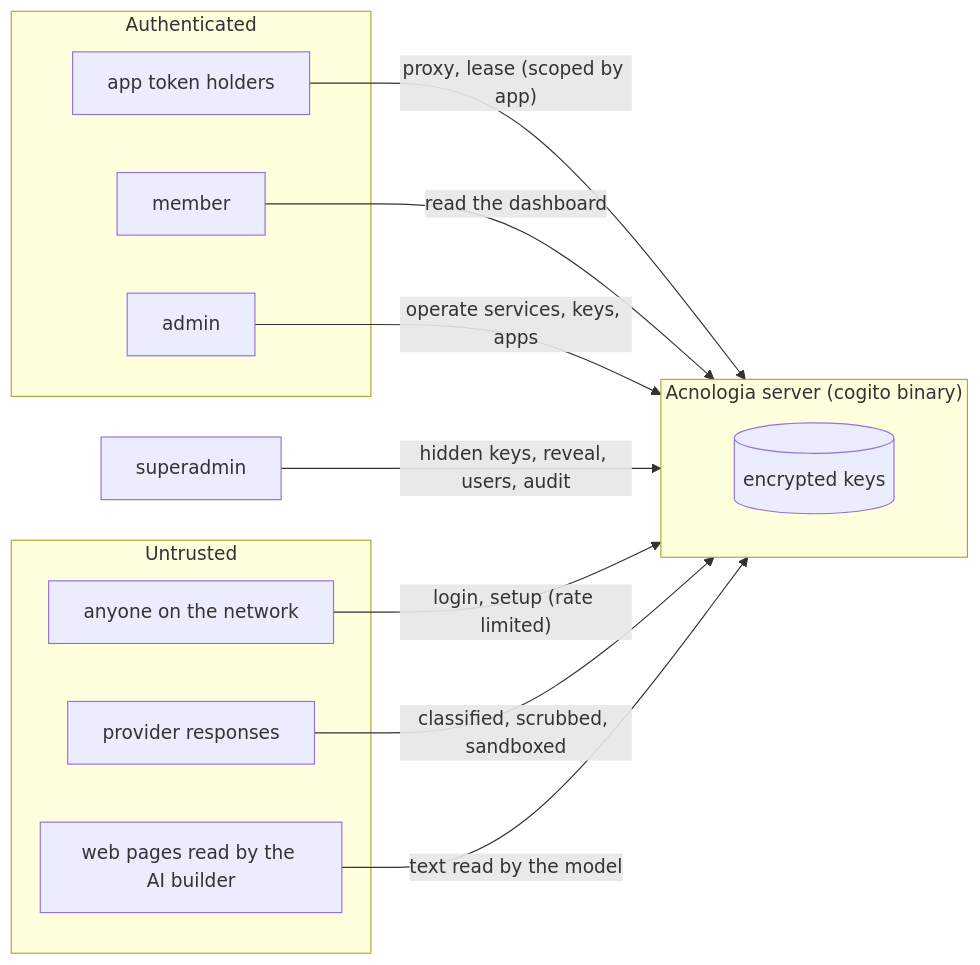
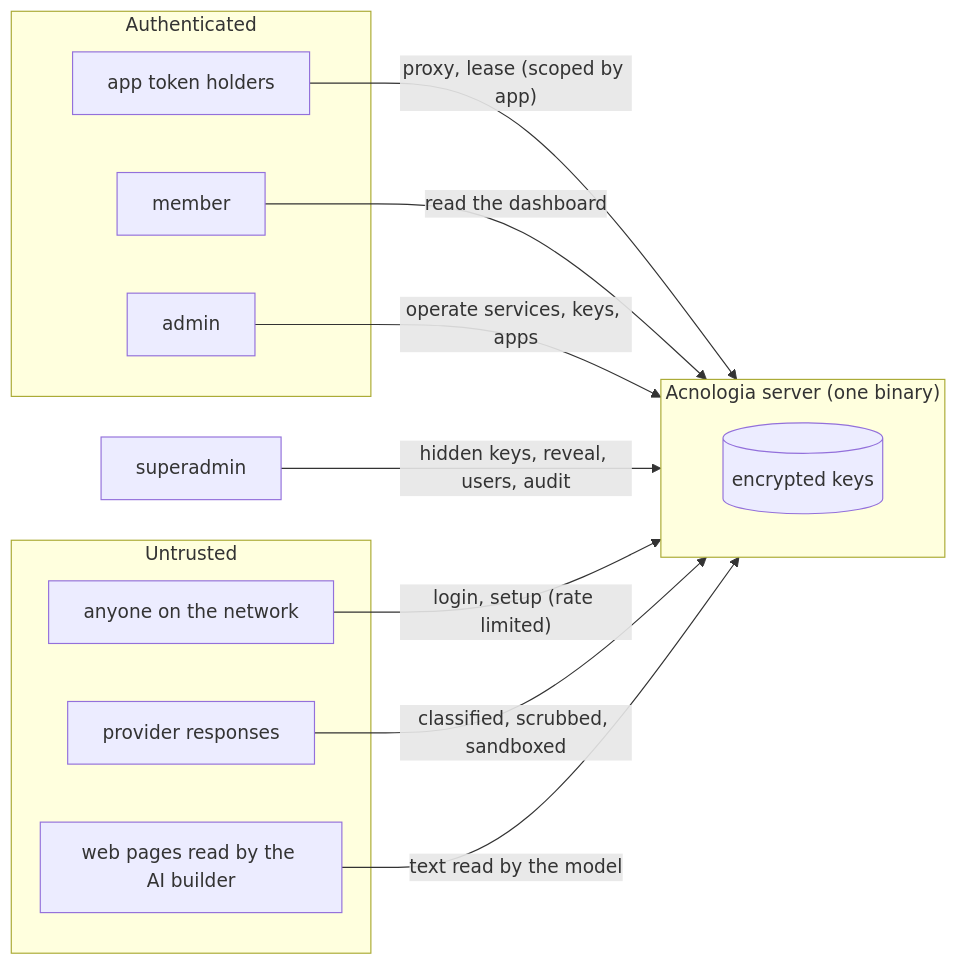
The first of 3 diagrams in server/internal/docsmd/files/security.md (sidharthpunathil/acnologia), drawn with Mermaid before and after one commit. The commit also changed other lines of this file and 43 other files, not shown here.

````diff
--- a/server/internal/docsmd/files/security.md
+++ b/server/internal/docsmd/files/security.md
@@ -8,25 +8,25 @@
 ```mermaid
 flowchart LR
     subgraph Untrusted
         Net["anyone on the network"]
         Up["provider responses"]
         Web["web pages read by the AI builder"]
     end
     subgraph Authenticated
         AppT["app token holders"]
         Mem["member"]
         Adm["admin"]
     end
     Sup["superadmin"]
-    subgraph Server["Acnologia server (cogito binary)"]
+    subgraph Server["Acnologia server (one binary)"]
         Keys[("encrypted keys")]
     end
 
     Net -->|"login, setup (rate limited)"| Server
     AppT -->|"proxy, lease (scoped by app)"| Server
     Mem -->|"read the dashboard"| Server
     Adm -->|"operate services, keys, apps"| Server
     Sup -->|"hidden keys, reveal, users, audit"| Server
     Up -->|"classified, scrubbed, sandboxed"| Server
     Web -->|"text read by the model"| Server
 ```
````
